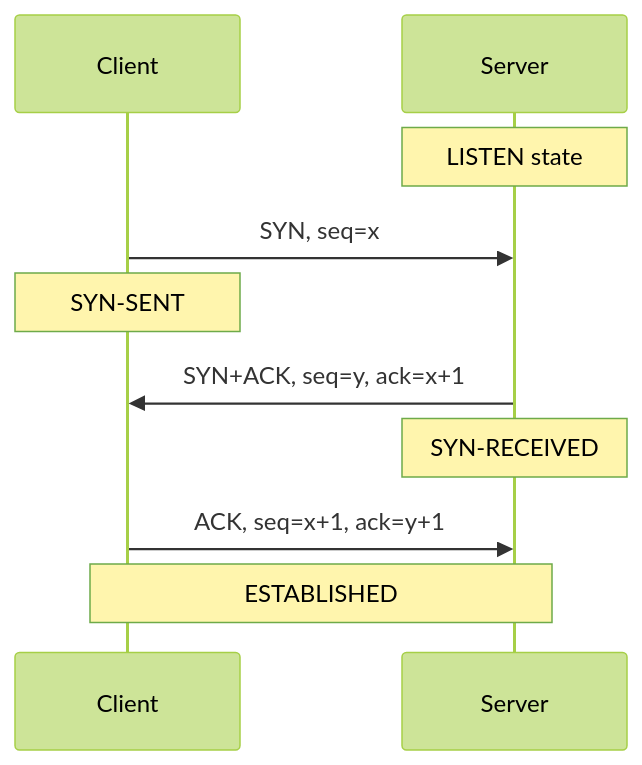
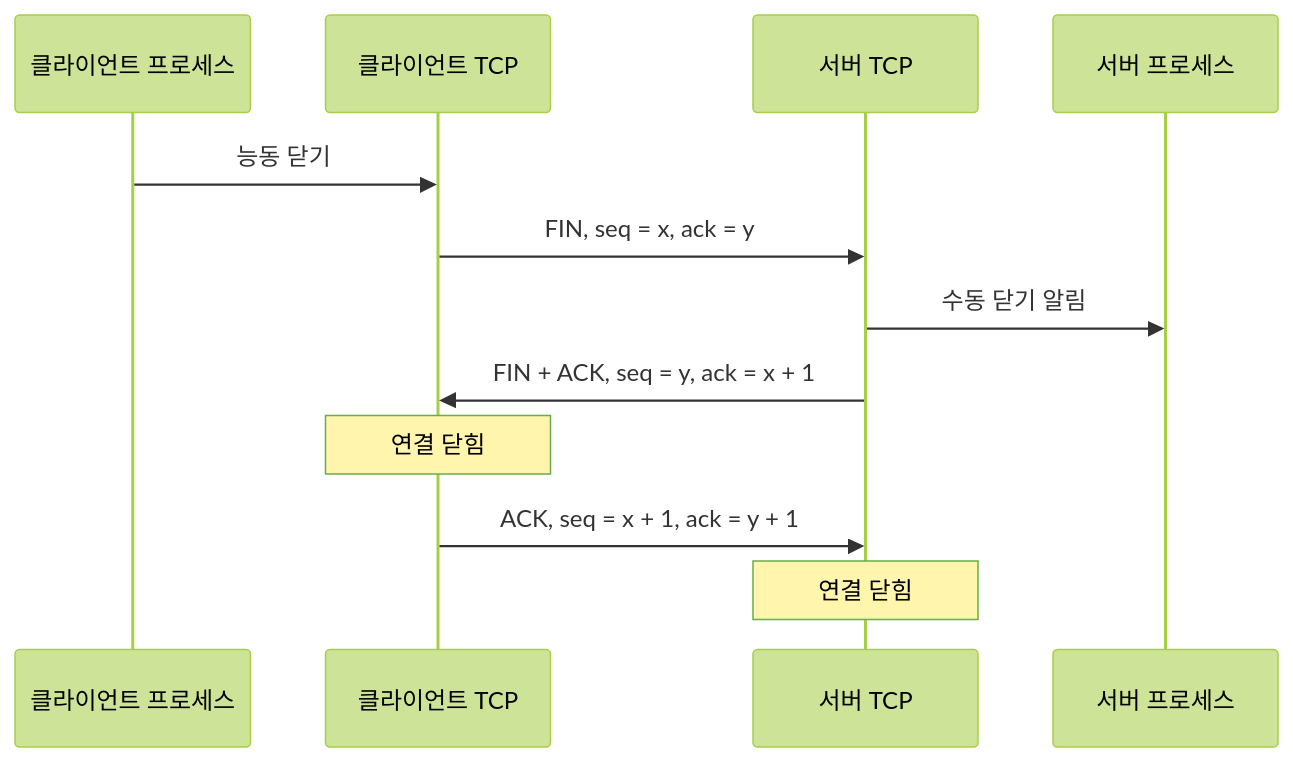
Before and after one commit to Choroning/25Spring_Computer-Networks: the sixth of 27 diagrams in Lecture-Notes/Ch08_Transmission-Control-Protocol/Concepts_Lecture.ko.md, drawn with Mermaid (forest theme). The commit also changed other lines of this file and 20 other files, not shown here.

````diff
--- a/Lecture-Notes/Ch08_Transmission-Control-Protocol/Concepts_Lecture.ko.md
+++ b/Lecture-Notes/Ch08_Transmission-Control-Protocol/Concepts_Lecture.ko.md
@@ -242,13 +522,14 @@
 ```mermaid
 sequenceDiagram
-    participant C as Client
-    participant S as Server
-
-    Note over S: LISTEN state
-    C->>S: SYN, seq=x
-    Note over C: SYN-SENT
-    S->>C: SYN+ACK, seq=y, ack=x+1
-    Note over S: SYN-RECEIVED
-    C->>S: ACK, seq=x+1, ack=y+1
-    Note over C,S: ESTABLISHED
+    participant CP as 클라이언트 프로세스
+    participant C as 클라이언트 TCP
+    participant S as 서버 TCP
+    participant SP as 서버 프로세스
+    CP->>C: 능동 닫기
+    C->>S: FIN, seq = x, ack = y
+    S->>SP: 수동 닫기 알림
+    S->>C: FIN + ACK, seq = y, ack = x + 1
+    Note over C: 연결 닫힘
+    C->>S: ACK, seq = x + 1, ack = y + 1
+    Note over S: 연결 닫힘
 ```
````
